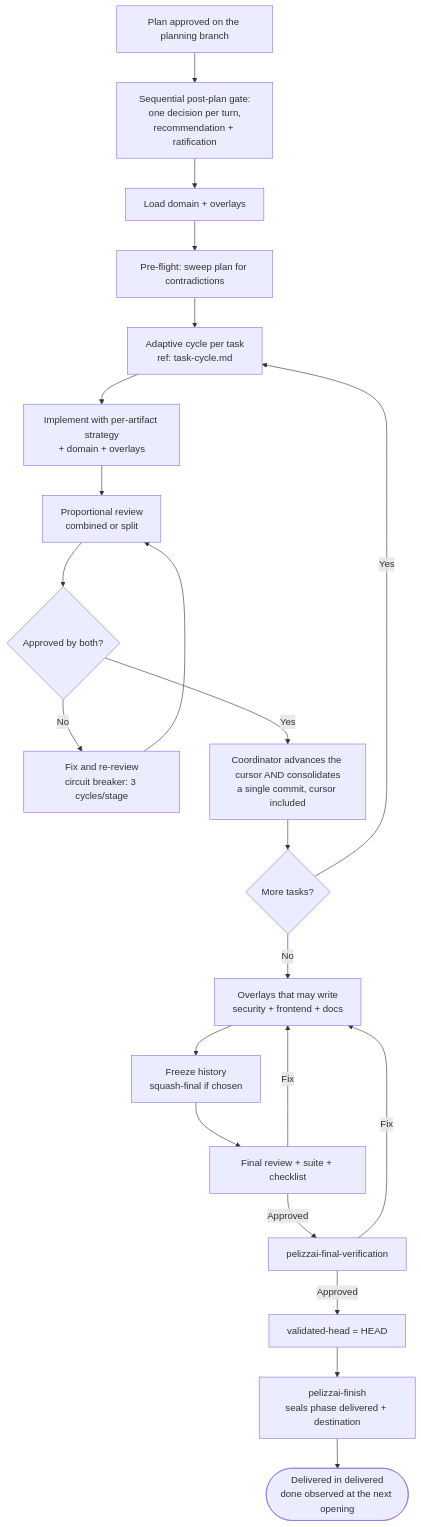
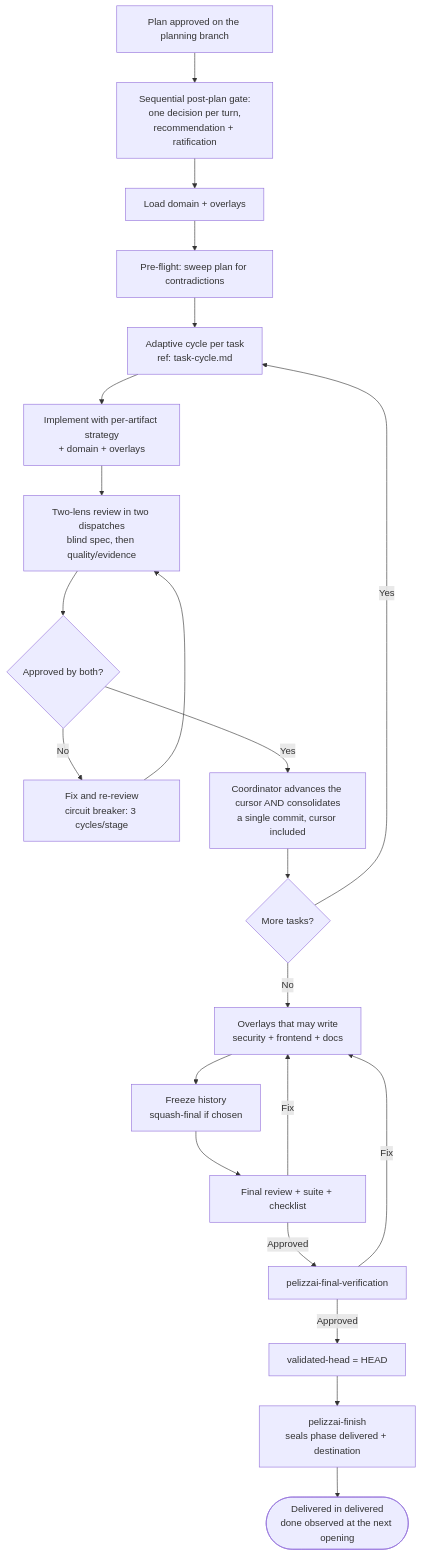
Before and after one commit to rpelizza/PelizzAI: the diagram in .claude/skills/pelizzai-execute/SKILL.md, drawn with Mermaid. The commit also changed other lines of this file and 48 other files, not shown here.

````diff
--- a/.claude/skills/pelizzai-execute/SKILL.md
+++ b/.claude/skills/pelizzai-execute/SKILL.md
@@ -238,24 +239,24 @@
 ```mermaid
 flowchart TD
     PL[Plan approved on the planning branch] --> GATE[Sequential post-plan gate:\none decision per turn,\nrecommendation + ratification]
     GATE --> DOM[Load domain + overlays]
     DOM --> PRE[Pre-flight: sweep plan for contradictions]
     PRE --> CY[Adaptive cycle per task\nref: task-cycle.md]
     CY --> T[Implement with per-artifact strategy\n+ domain + overlays]
-    T --> RV[Proportional review\ncombined or split]
+    T --> RV[Two-lens review in two dispatches\nblind spec, then quality/evidence]
     RV --> Q{Approved by both?}
     Q -- No --> FX[Fix and re-review\ncircuit breaker: 3 cycles/stage]
     FX --> RV
     Q -- Yes --> CM[Coordinator advances the cursor AND consolidates\na single commit, cursor included]
     CM --> MORE{More tasks?}
     MORE -- Yes --> CY
     MORE -- No --> OV[Overlays that may write\nsecurity + frontend + docs]
     OV --> CONS[Freeze history\nsquash-final if chosen]
     CONS --> VAL[Final review + suite + checklist]
     VAL -- Fix --> OV
     VAL -- Approved --> VC[pelizzai-final-verification]
     VC -- Fix --> OV
     VC -- Approved --> SEAL[validated-head = HEAD]
     SEAL --> FIN[pelizzai-finish\nseals phase delivered + destination]
     FIN --> done([Delivered in delivered\ndone observed at the next opening])
 ```
````
